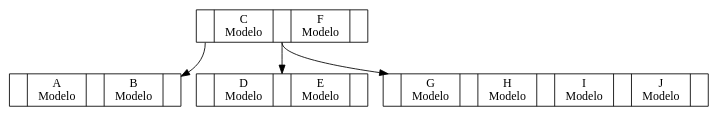
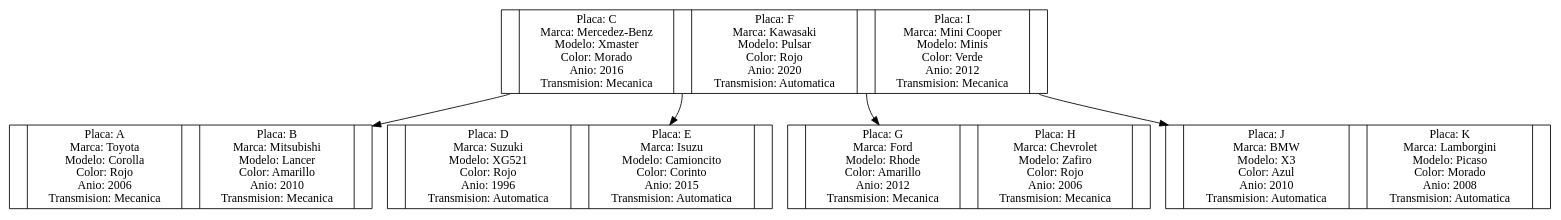
Before and after one commit to ByLy23/EDD_Jun_2020_201700733_P2_201709166: the diagram in Proyecto2_201700733_201709166/bTree.dot, drawn with Graphviz. The commit also changed 3 other files, not shown here.

```diff
--- a/Proyecto2_201700733_201709166/bTree.dot
+++ b/Proyecto2_201700733_201709166/bTree.dot
@@ -1,11 +1,13 @@
 digraph Btree{ 
   node[shape=record, width= 0.1, height= 0.1];
-Nodo366712642[label="<P0>|C\nModelo|<P2>|F\nModelo|<P3>"];
-Nodo1829164700[label="<P0>|A\nModelo|<P2>|B\nModelo|<P3>"];
+Nodo366712642[label="<P0>|Placa: C\nMarca: Mercedez-Benz\nModelo: Xmaster\nColor: Morado\nAnio: 2016\nTransmision: Mecanica|<P1>|Placa: F\nMarca: Kawasaki\nModelo: Pulsar\nColor: Rojo\nAnio: 2020\nTransmision: Automatica|<P2>|Placa: I\nMarca: Mini Cooper\nModelo: Minis\nColor: Verde\nAnio: 2012\nTransmision: Mecanica|<P3>"];
+Nodo1829164700[label="<P0>|Placa: A\nMarca: Toyota\nModelo: Corolla\nColor: Rojo\nAnio: 2006\nTransmision: Mecanica|<P1>|Placa: B\nMarca: Mitsubishi\nModelo: Lancer\nColor: Amarillo\nAnio: 2010\nTransmision: Mecanica|<P2>"];
 Nodo366712642:P0->Nodo1829164700;
-Nodo2018699554[label="<P0>|D\nModelo|<P2>|E\nModelo|<P3>"];
+Nodo2018699554[label="<P0>|Placa: D\nMarca: Suzuki\nModelo: XG521\nColor: Rojo\nAnio: 1996\nTransmision: Automatica|<P1>|Placa: E\nMarca: Isuzu\nModelo: Camioncito\nColor: Corinto\nAnio: 2015\nTransmision: Automatica|<P2>"];
 Nodo366712642:P1->Nodo2018699554;
-Nodo1311053135[label="<P0>|G\nModelo|<P2>|H\nModelo|<P3>|I\nModelo|<P4>|J\nModelo|<P5>"];
+Nodo1311053135[label="<P0>|Placa: G\nMarca: Ford\nModelo: Rhode\nColor: Amarillo\nAnio: 2012\nTransmision: Mecanica|<P1>|Placa: H\nMarca: Chevrolet\nModelo: Zafiro\nColor: Rojo\nAnio: 2006\nTransmision: Mecanica|<P2>"];
 Nodo366712642:P2->Nodo1311053135;
+Nodo118352462[label="<P0>|Placa: J\nMarca: BMW\nModelo: X3\nColor: Azul\nAnio: 2010\nTransmision: Automatica|<P1>|Placa: K\nMarca: Lamborgini\nModelo: Picaso\nColor: Morado\nAnio: 2008\nTransmision: Automatica|<P2>"];
+Nodo366712642:P3->Nodo118352462;
 
 }
```
